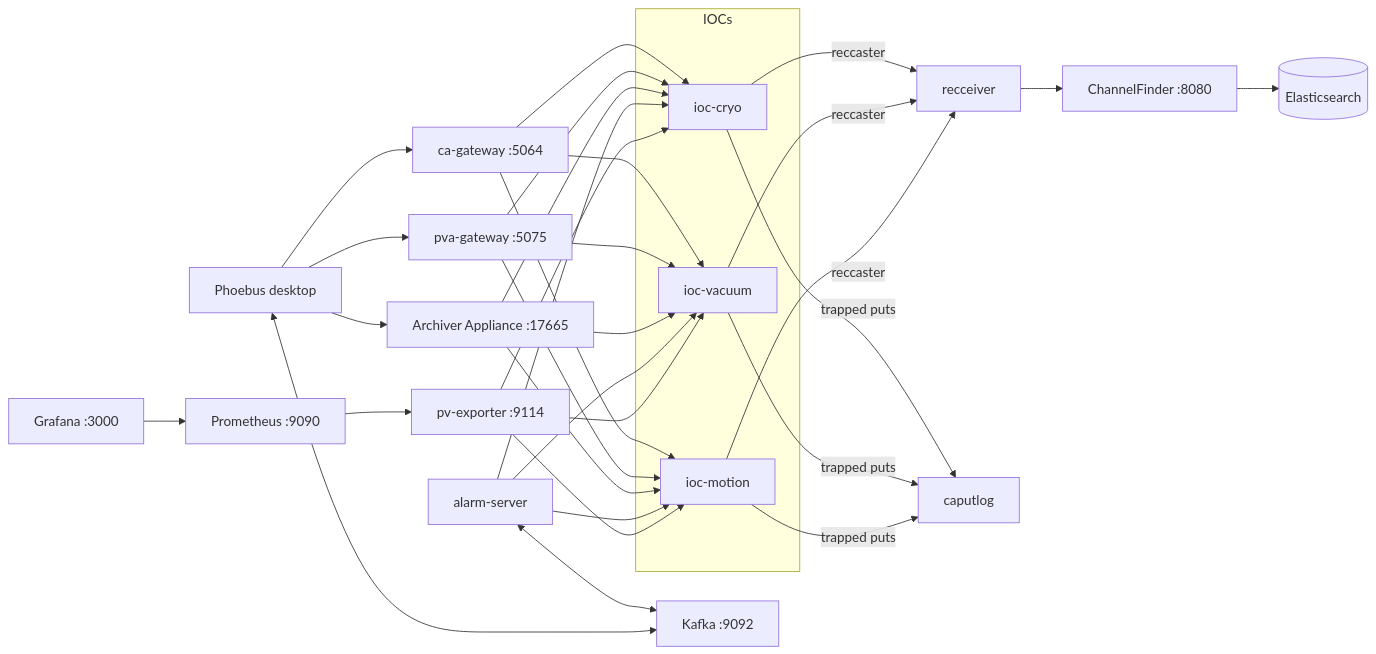
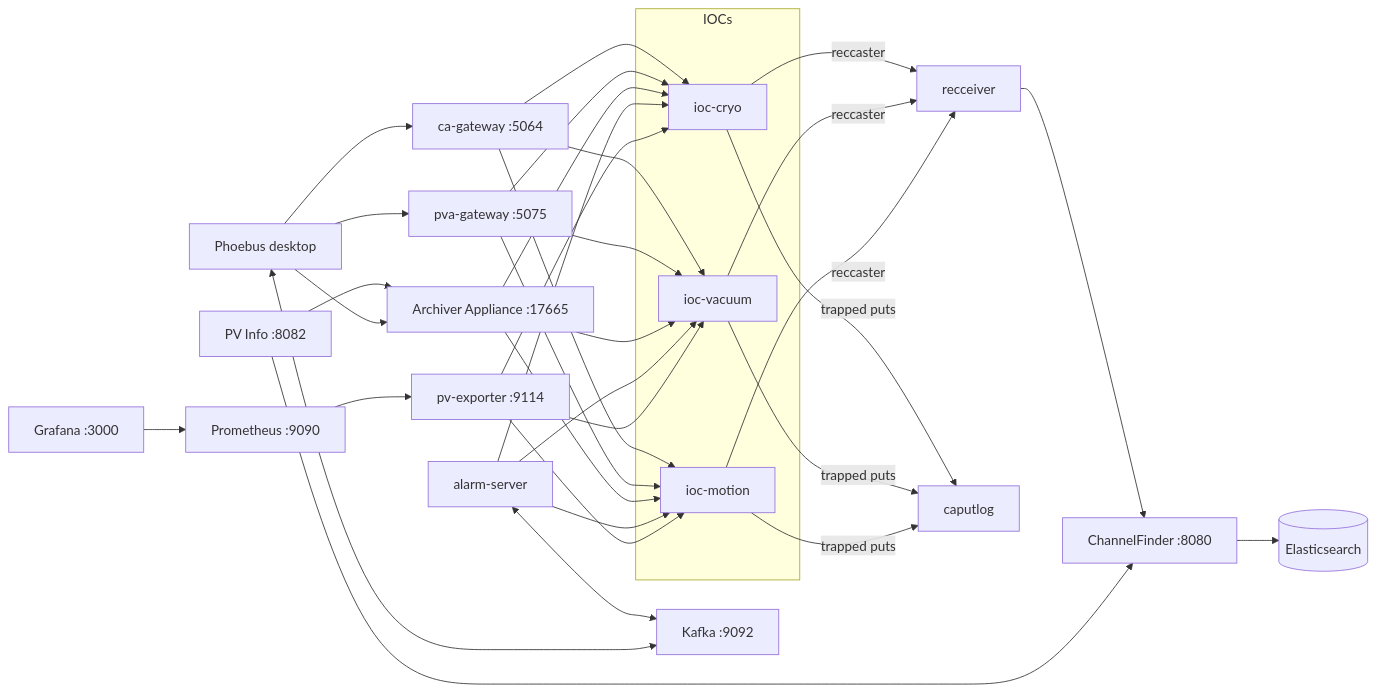
Before and after one commit to nusaqib/epics-lab: the diagram in README.md, drawn with Mermaid. The commit also changed other lines of this file and 9 other files, not shown here.

````diff
--- a/README.md
+++ b/README.md
@@ -22,21 +23,22 @@
 ```mermaid
 graph LR
     subgraph IOCs
         C[ioc-cryo] ; V[ioc-vacuum] ; M[ioc-motion]
     end
     GW1[ca-gateway :5064] --> C & V & M
     GW2[pva-gateway :5075] --> C & V & M
     AA[Archiver Appliance :17665] --> C & V & M
     AS[alarm-server] --> C & V & M
     AS <--> K[Kafka :9092]
     C & V & M -->|reccaster| RS[recceiver]
     RS --> CF[ChannelFinder :8080]
     CF --> ES[(Elasticsearch)]
+    PVI[PV Info :8082] --> CF & AA
     C & V & M -->|trapped puts| CPL[caputlog]
     PE[pv-exporter :9114] --> C & V & M
     P[Prometheus :9090] --> PE
     G[Grafana :3000] --> P
     UI[Phoebus desktop] --> GW1 & GW2
     UI <--> K
     UI --> AA
 ```
````
